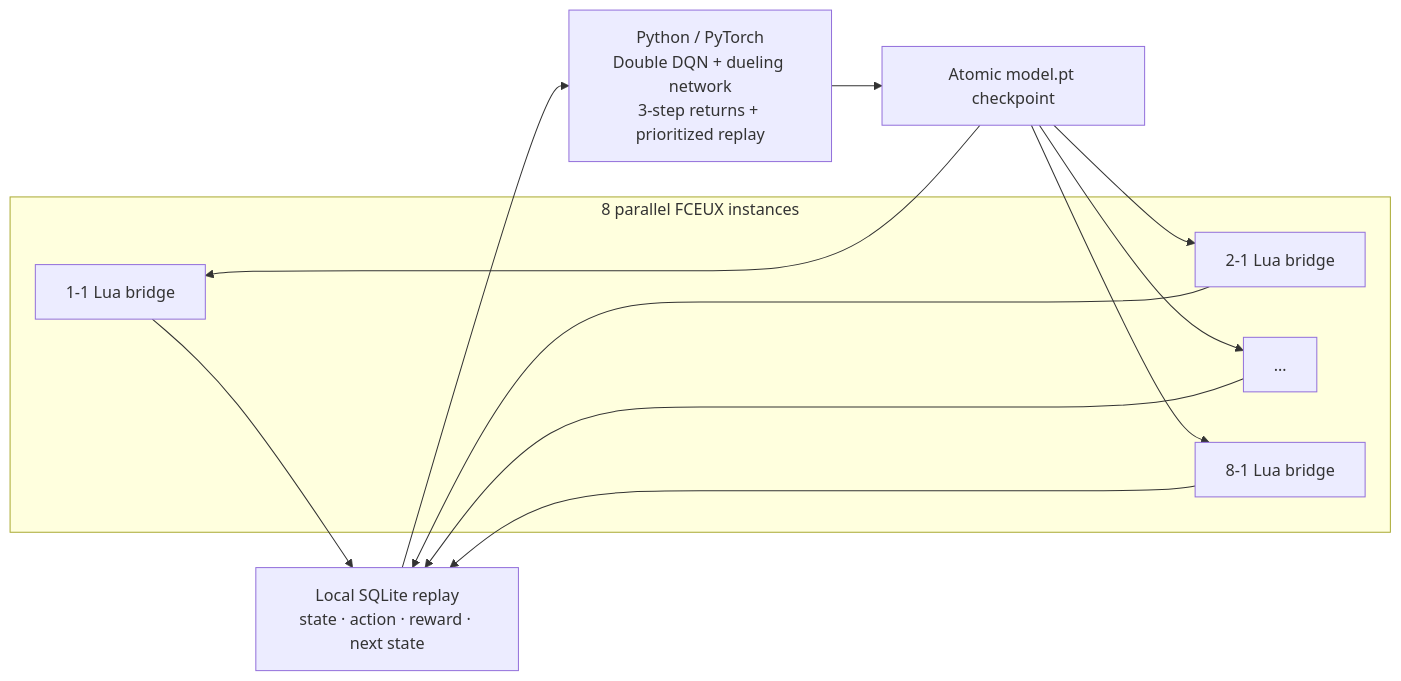
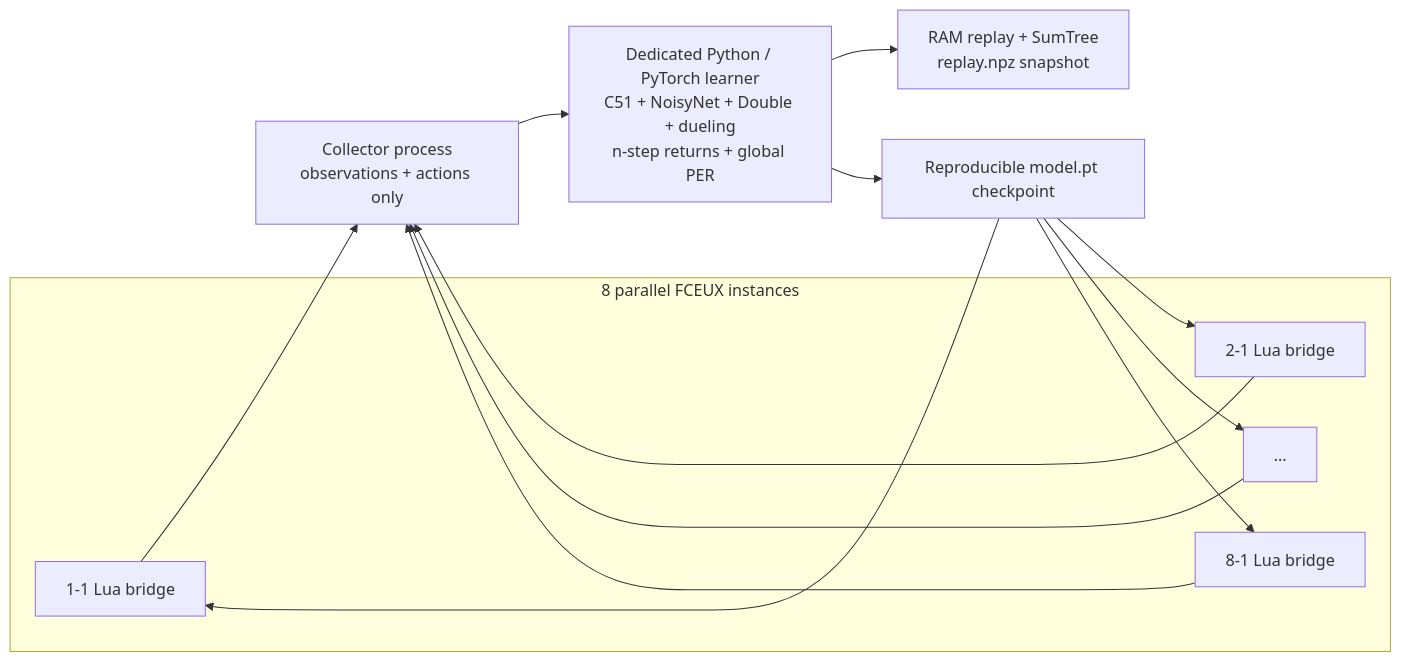
One commit to heaven-hm/mario-ai-neat changed the first of 7 diagrams in README.md. Above: the diagram before and after it, drawn with Mermaid. The commit also changed other lines of this file and 11 other files, not shown here.

````diff
--- a/README.md
+++ b/README.md
@@ -21,13 +21,14 @@
 ```mermaid
 flowchart LR
     subgraph FCEUX["8 parallel FCEUX instances"]
         W1["1-1 Lua bridge"]
         W2["2-1 Lua bridge"]
         W3["…"]
         W8["8-1 Lua bridge"]
     end
-    W1 & W2 & W3 & W8 --> Replay["Local SQLite replay\nstate · action · reward · next state"]
-    Replay --> Learner["Python / PyTorch\nDouble DQN + dueling network\n3-step returns + prioritized replay"]
-    Learner --> Model["Atomic model.pt checkpoint"]
+    W1 & W2 & W3 & W8 --> Collector["Collector process\nobservations + actions only"]
+    Collector --> Learner["Dedicated Python / PyTorch learner\nC51 + NoisyNet + Double + dueling\nn-step returns + global PER"]
+    Learner --> Replay["RAM replay + SumTree\nreplay.npz snapshot"]
+    Learner --> Model["Reproducible model.pt checkpoint"]
     Model --> W1 & W2 & W3 & W8
 ```
````
